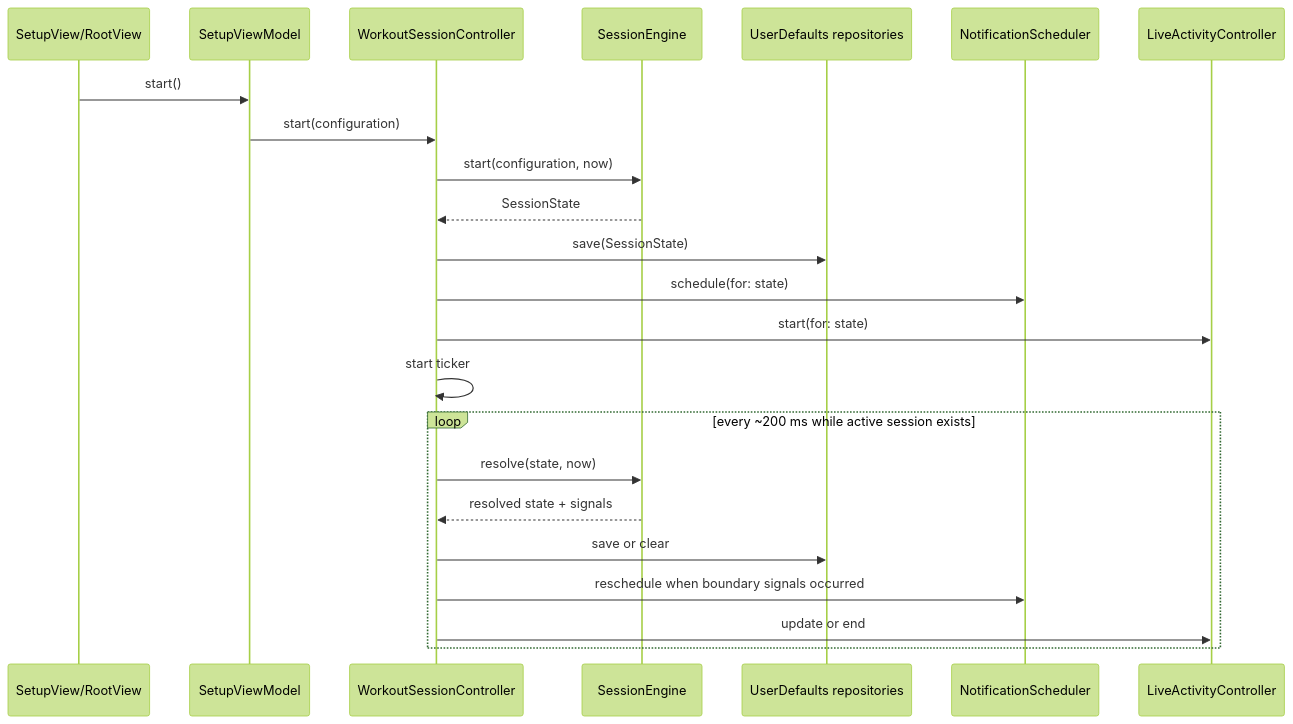
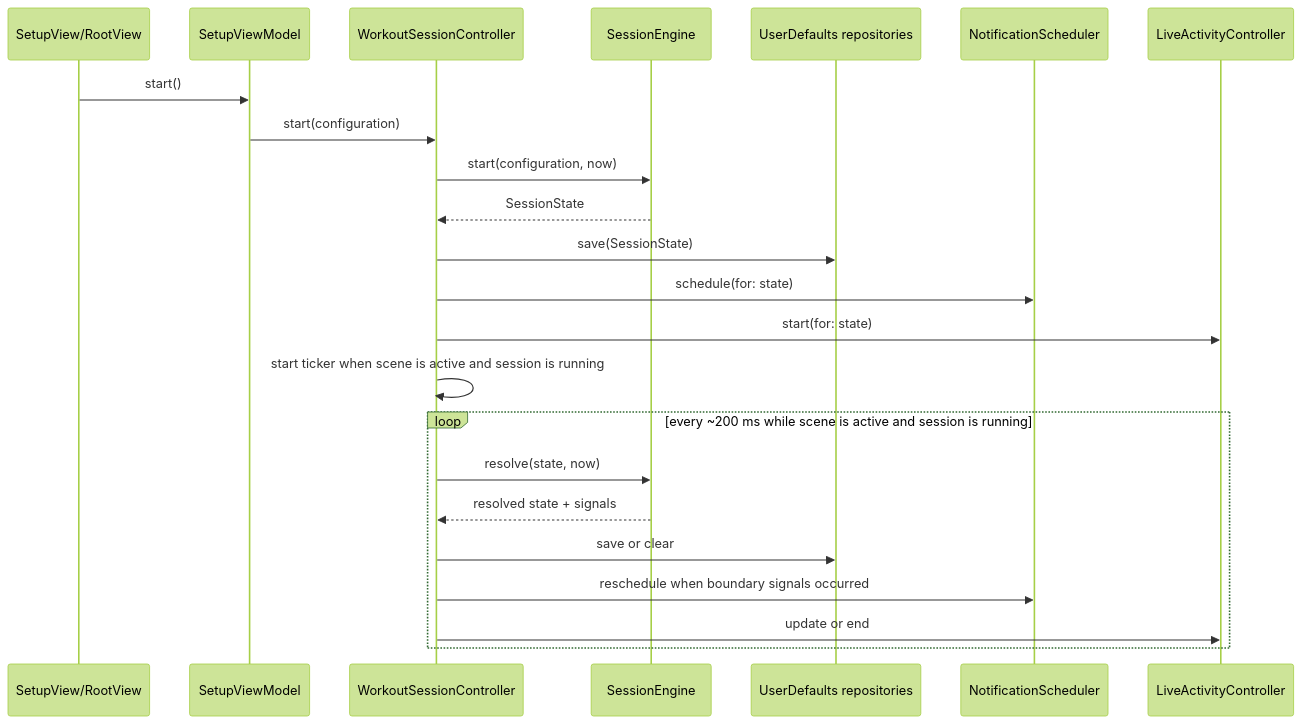
One commit to CoBug92/Fight-Clock changed the diagram in docs/tech/architecture.md. Above: the diagram before and after it, drawn with Mermaid (forest theme). The commit also changed other lines of this file and 11 other files, not shown here.

````diff
--- a/docs/tech/architecture.md
+++ b/docs/tech/architecture.md
@@ -72,26 +72,26 @@
 ```mermaid
 sequenceDiagram
     participant UI as SetupView/RootView
     participant Setup as SetupViewModel
     participant Session as WorkoutSessionController
     participant Engine as SessionEngine
     participant Store as UserDefaults repositories
     participant Notifications as NotificationScheduler
     participant Activity as LiveActivityController
 
     UI->>Setup: start()
     Setup->>Session: start(configuration)
     Session->>Engine: start(configuration, now)
     Engine-->>Session: SessionState
     Session->>Store: save(SessionState)
     Session->>Notifications: schedule(for: state)
     Session->>Activity: start(for: state)
-    Session->>Session: start ticker
-    loop every ~200 ms while active session exists
+    Session->>Session: start ticker when scene is active and session is running
+    loop every ~200 ms while scene is active and session is running
         Session->>Engine: resolve(state, now)
         Engine-->>Session: resolved state + signals
         Session->>Store: save or clear
         Session->>Notifications: reschedule when boundary signals occurred
         Session->>Activity: update or end
     end
 ```
````
